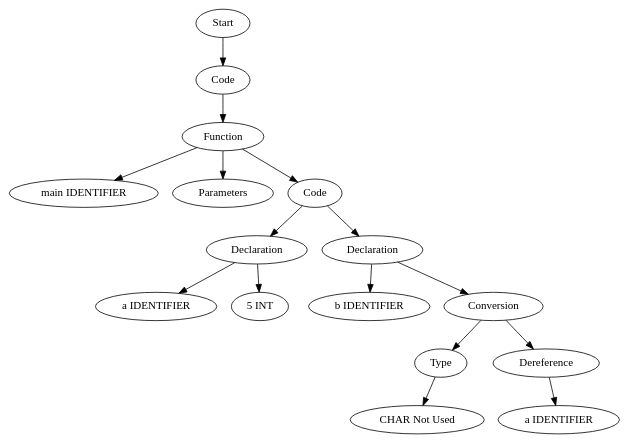
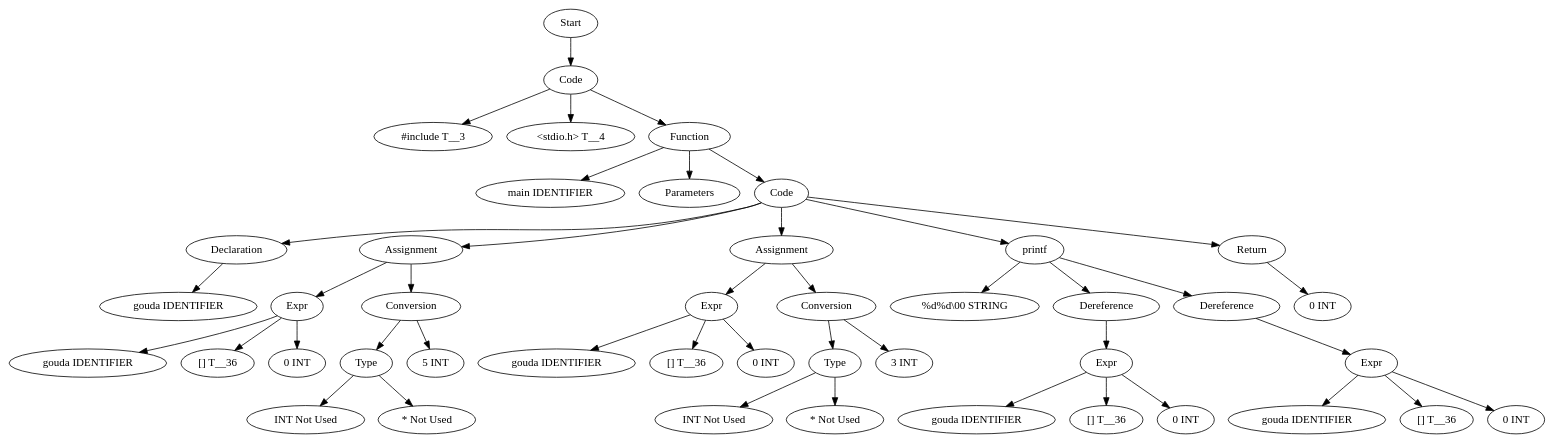
The diagram in TestCases/ASTTests/ConversionTests/createTests/read_file_after.dot (Are-you-listening/Compilers), drawn with Graphviz before and after one commit. The commit also changed 152 other files, not shown here.

```diff
--- a/TestCases/ASTTests/ConversionTests/createTests/read_file_after.dot
+++ b/TestCases/ASTTests/ConversionTests/createTests/read_file_after.dot
@@ -1,33 +1,89 @@
 digraph AST {
-  "129890209716240" [label="Start"];
-  "129890209716240" -> "129890209858560";
-  "129890209858560" [label="Code"];
-  "129890209858560" -> "129890209858608";
-  "129890209858608" [label="Function"];
-  "129890209858608" -> "129890209858704";
-  "129890209858608" -> "129890209858752";
-  "129890209858608" -> "129890209858800";
-  "129890209858704" [label="main IDENTIFIER"];
-  "129890209858752" [label="Parameters"];
-  "129890209858800" [label="Code"];
-  "129890209858800" -> "129890209858896";
-  "129890209858800" -> "129890209858944";
-  "129890209858896" [label="Declaration"];
-  "129890209858896" -> "129890209858992";
-  "129890209858896" -> "129890209859040";
-  "129890209858992" [label="a IDENTIFIER"];
-  "129890209859040" [label="5 INT"];
-  "129890209858944" [label="Declaration"];
-  "129890209858944" -> "129890209859136";
-  "129890209858944" -> "129890209859184";
-  "129890209859136" [label="b IDENTIFIER"];
-  "129890209859184" [label="Conversion"];
-  "129890209859184" -> "129890209859280";
-  "129890209859184" -> "129890209859328";
-  "129890209859280" [label="Type"];
-  "129890209859280" -> "129890209859376";
-  "129890209859376" [label="CHAR Not Used"];
-  "129890209859328" [label="Dereference"];
-  "129890209859328" -> "129890209859472";
-  "129890209859472" [label="a IDENTIFIER"];
+  "139995272142832" [label="Start"];
+  "139995272142832" -> "139995272141392";
+  "139995272141392" [label="Code"];
+  "139995272141392" -> "139995272141968";
+  "139995272141392" -> "139995272142112";
+  "139995272141392" -> "139995272146144";
+  "139995272141968" [label="#include T__3"];
+  "139995272142112" [label="<stdio.h> T__4"];
+  "139995272146144" [label="Function"];
+  "139995272146144" -> "139995272146336";
+  "139995272146144" -> "139995272136976";
+  "139995272146144" -> "139995272137696";
+  "139995272146336" [label="main IDENTIFIER"];
+  "139995272136976" [label="Parameters"];
+  "139995272137696" [label="Code"];
+  "139995272137696" -> "139995272142880";
+  "139995272137696" -> "139995272139808";
+  "139995272137696" -> "139995272141728";
+  "139995272137696" -> "139995272138992";
+  "139995272137696" -> "139995272138944";
+  "139995272142880" [label="Declaration"];
+  "139995272142880" -> "139995272141008";
+  "139995272141008" [label="gouda IDENTIFIER"];
+  "139995272139808" [label="Assignment"];
+  "139995272139808" -> "139995272141104";
+  "139995272139808" -> "139995272142208";
+  "139995272141104" [label="Expr"];
+  "139995272141104" -> "139995272144560";
+  "139995272141104" -> "139995272142736";
+  "139995272141104" -> "139995272142160";
+  "139995272144560" [label="gouda IDENTIFIER"];
+  "139995272142736" [label="[] T__36"];
+  "139995272142160" [label="0 INT"];
+  "139995272142208" [label="Conversion"];
+  "139995272142208" -> "139995272141248";
+  "139995272142208" -> "139995272145520";
+  "139995272141248" [label="Type"];
+  "139995272141248" -> "139995272145472";
+  "139995272141248" -> "139995272137744";
+  "139995272145472" [label="INT Not Used"];
+  "139995272137744" [label="* Not Used"];
+  "139995272145520" [label="5 INT"];
+  "139995272141728" [label="Assignment"];
+  "139995272141728" -> "139995272138032";
+  "139995272141728" -> "139995272140192";
+  "139995272138032" [label="Expr"];
+  "139995272138032" -> "139995272145760";
+  "139995272138032" -> "139995272145808";
+  "139995272138032" -> "139995272144608";
+  "139995272145760" [label="gouda IDENTIFIER"];
+  "139995272145808" [label="[] T__36"];
+  "139995272144608" [label="0 INT"];
+  "139995272140192" [label="Conversion"];
+  "139995272140192" -> "139995272141200";
+  "139995272140192" -> "139995272139232";
+  "139995272141200" [label="Type"];
+  "139995272141200" -> "139995272136592";
+  "139995272141200" -> "139995272142448";
+  "139995272136592" [label="INT Not Used"];
+  "139995272142448" [label="* Not Used"];
+  "139995272139232" [label="3 INT"];
+  "139995272138992" [label="printf"];
+  "139995272138992" -> "139995272145568";
+  "139995272138992" -> "139995272145424";
+  "139995272138992" -> "139995272145376";
+  "139995272145568" [label="%d%d\\00 STRING"];
+  "139995272145424" [label="Dereference"];
+  "139995272145424" -> "139995272142496";
+  "139995272142496" [label="Expr"];
+  "139995272142496" -> "139995272141920";
+  "139995272142496" -> "139995272138896";
+  "139995272142496" -> "139995272139568";
+  "139995272141920" [label="gouda IDENTIFIER"];
+  "139995272138896" [label="[] T__36"];
+  "139995272139568" [label="0 INT"];
+  "139995272145376" [label="Dereference"];
+  "139995272145376" -> "139995272137792";
+  "139995272137792" [label="Expr"];
+  "139995272137792" -> "139995272137312";
+  "139995272137792" -> "139995272136544";
+  "139995272137792" -> "139995272138272";
+  "139995272137312" [label="gouda IDENTIFIER"];
+  "139995272136544" [label="[] T__36"];
+  "139995272138272" [label="0 INT"];
+  "139995272138944" [label="Return"];
+  "139995272138944" -> "139995272145280";
+  "139995272145280" [label="0 INT"];
 }
```
